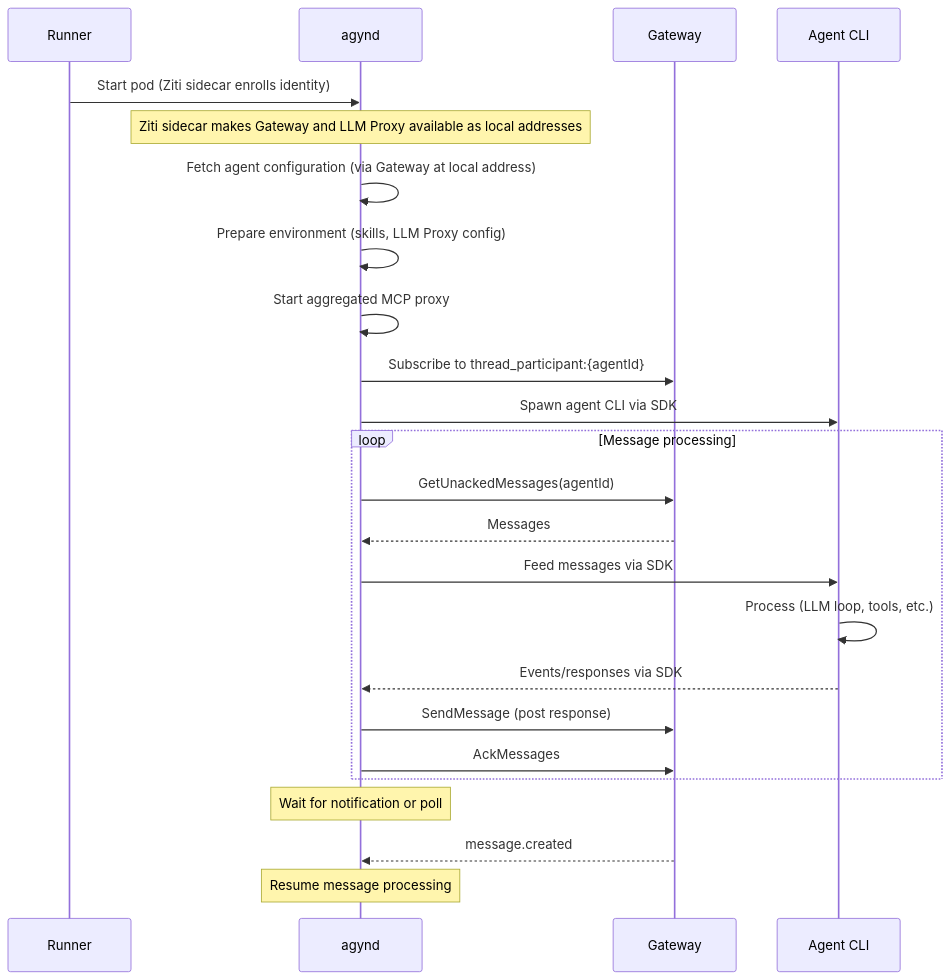
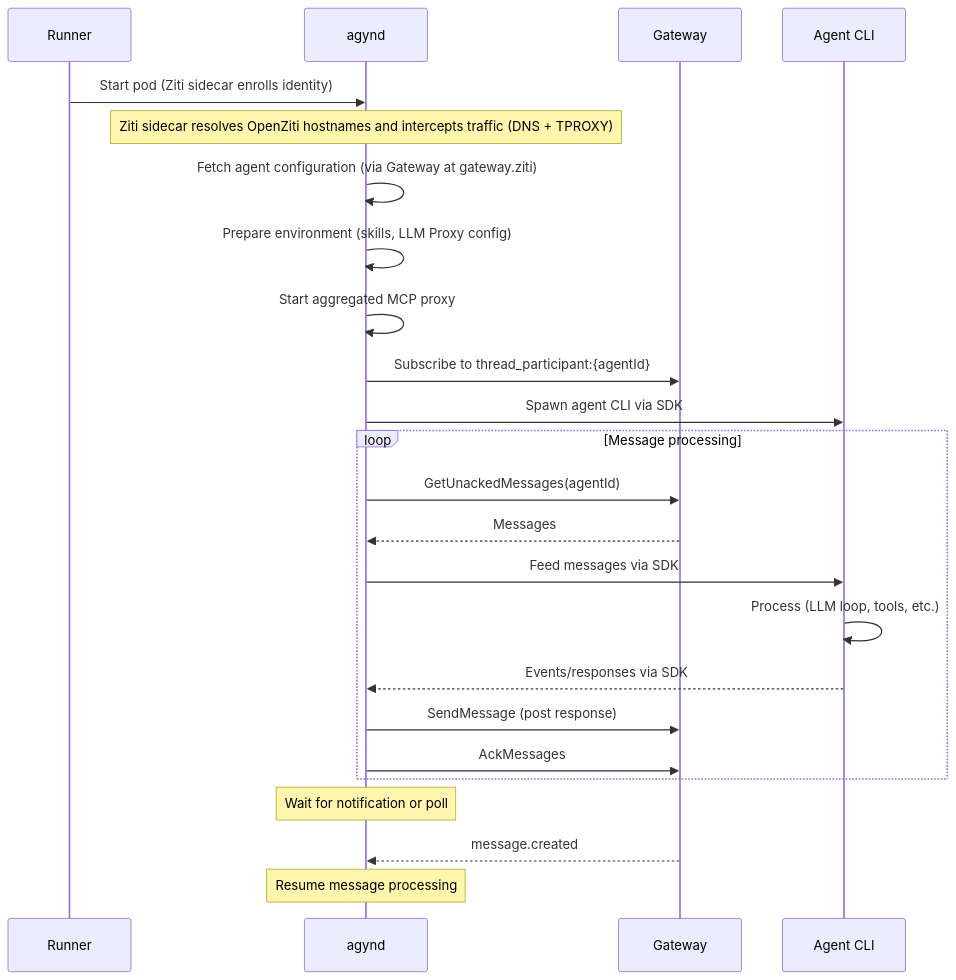
One commit to agynio/architecture changed the second of 2 diagrams in architecture/agynd-cli.md. Above: the diagram before and after it, drawn with Mermaid. The commit also changed other lines of this file and 5 other files, not shown here.

Commit message:
fix: describe ziti sidecar interception

````diff
--- a/architecture/agynd-cli.md
+++ b/architecture/agynd-cli.md
@@ -142,29 +142,29 @@
 ```mermaid
 sequenceDiagram
     participant R as Runner
     participant D as agynd
     participant GW as Gateway
     participant A as Agent CLI
 
     R->>D: Start pod (Ziti sidecar enrolls identity)
-    Note over D: Ziti sidecar makes Gateway and LLM Proxy available as local addresses
-    D->>D: Fetch agent configuration (via Gateway at local address)
+    Note over D: Ziti sidecar resolves OpenZiti hostnames and intercepts traffic (DNS + TPROXY)
+    D->>D: Fetch agent configuration (via Gateway at gateway.ziti)
     D->>D: Prepare environment (skills, LLM Proxy config)
     D->>D: Start aggregated MCP proxy
     D->>GW: Subscribe to thread_participant:{agentId}
     D->>A: Spawn agent CLI via SDK
 
     loop Message processing
         D->>GW: GetUnackedMessages(agentId)
         GW-->>D: Messages
         D->>A: Feed messages via SDK
         A->>A: Process (LLM loop, tools, etc.)
         A-->>D: Events/responses via SDK
         D->>GW: SendMessage (post response)
         D->>GW: AckMessages
     end
 
     Note over D: Wait for notification or poll
     GW-->>D: message.created
     Note over D: Resume message processing
 ```
````
